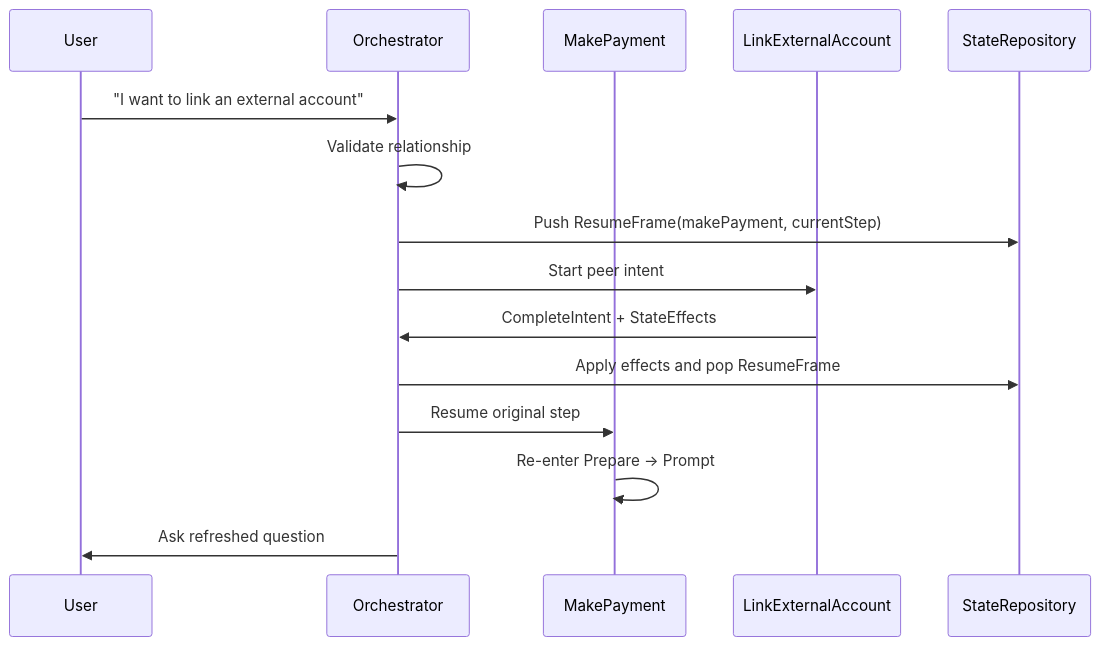
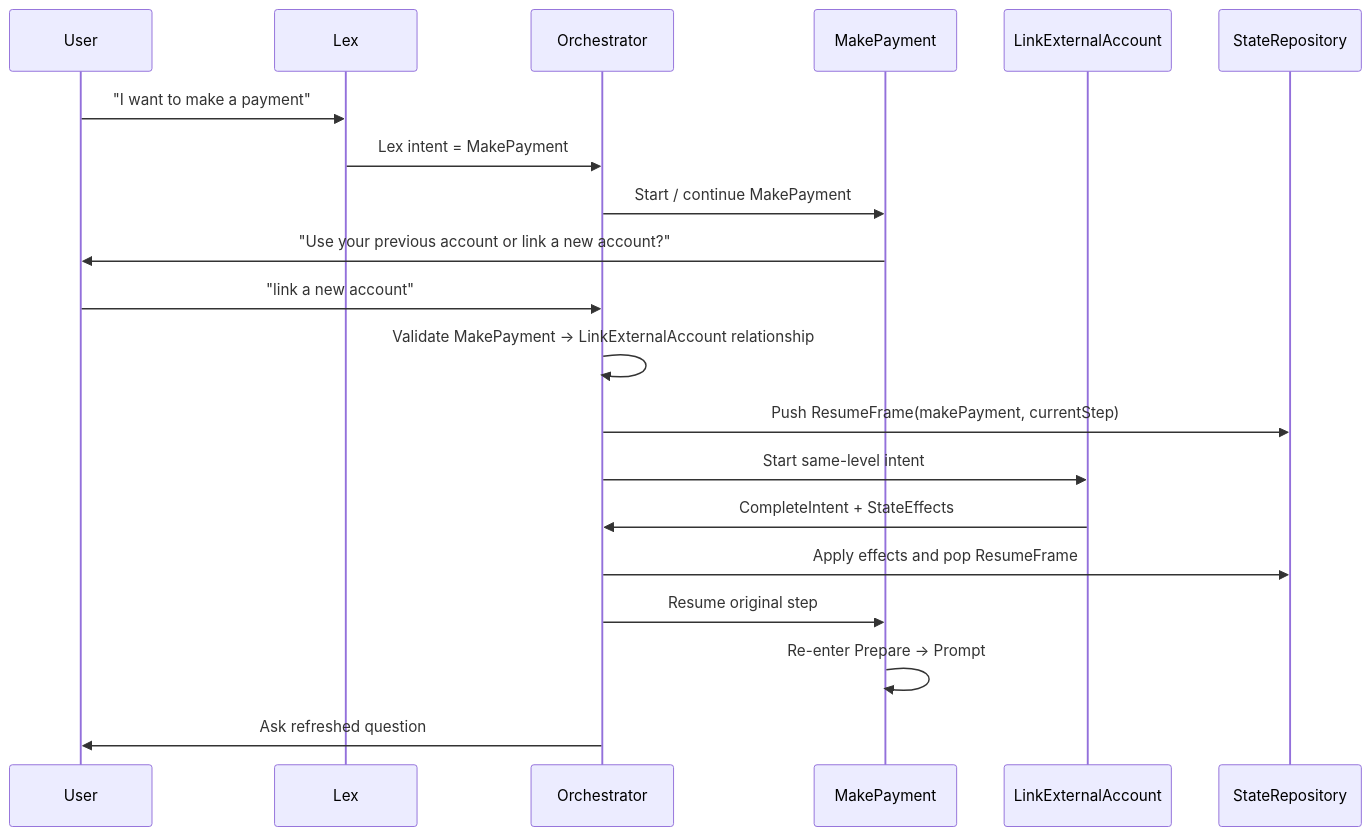
The fourth of 7 diagrams in docs/superpowers/specs/2026-06-07-intent-step-orchestration-confluence.md (fghjkl007/adk-go-company-model-integration), drawn with Mermaid before and after one commit. The commit also changed other lines of this file, not shown here.

Commit message:
docs: clarify make payment link account switch path

````diff
--- a/docs/superpowers/specs/2026-06-07-intent-step-orchestration-confluence.md
+++ b/docs/superpowers/specs/2026-06-07-intent-step-orchestration-confluence.md
@@ -147,18 +147,23 @@
 ```mermaid
 sequenceDiagram
   participant User
+  participant Lex
   participant Orchestrator
   participant MakePayment
   participant LinkExternalAccount
   participant StateRepository
 
-  User->>Orchestrator: "I want to link an external account"
-  Orchestrator->>Orchestrator: Validate relationship
+  User->>Lex: "I want to make a payment"
+  Lex->>Orchestrator: Lex intent = MakePayment
+  Orchestrator->>MakePayment: Start / continue MakePayment
+  MakePayment->>User: "Use your previous account or link a new account?"
+  User->>Orchestrator: "link a new account"
+  Orchestrator->>Orchestrator: Validate MakePayment -> LinkExternalAccount relationship
   Orchestrator->>StateRepository: Push ResumeFrame(makePayment, currentStep)
-  Orchestrator->>LinkExternalAccount: Start peer intent
+  Orchestrator->>LinkExternalAccount: Start same-level intent
   LinkExternalAccount->>Orchestrator: CompleteIntent + StateEffects
   Orchestrator->>StateRepository: Apply effects and pop ResumeFrame
   Orchestrator->>MakePayment: Resume original step
   MakePayment->>MakePayment: Re-enter Prepare -> Prompt
   Orchestrator->>User: Ask refreshed question
 ```
````
